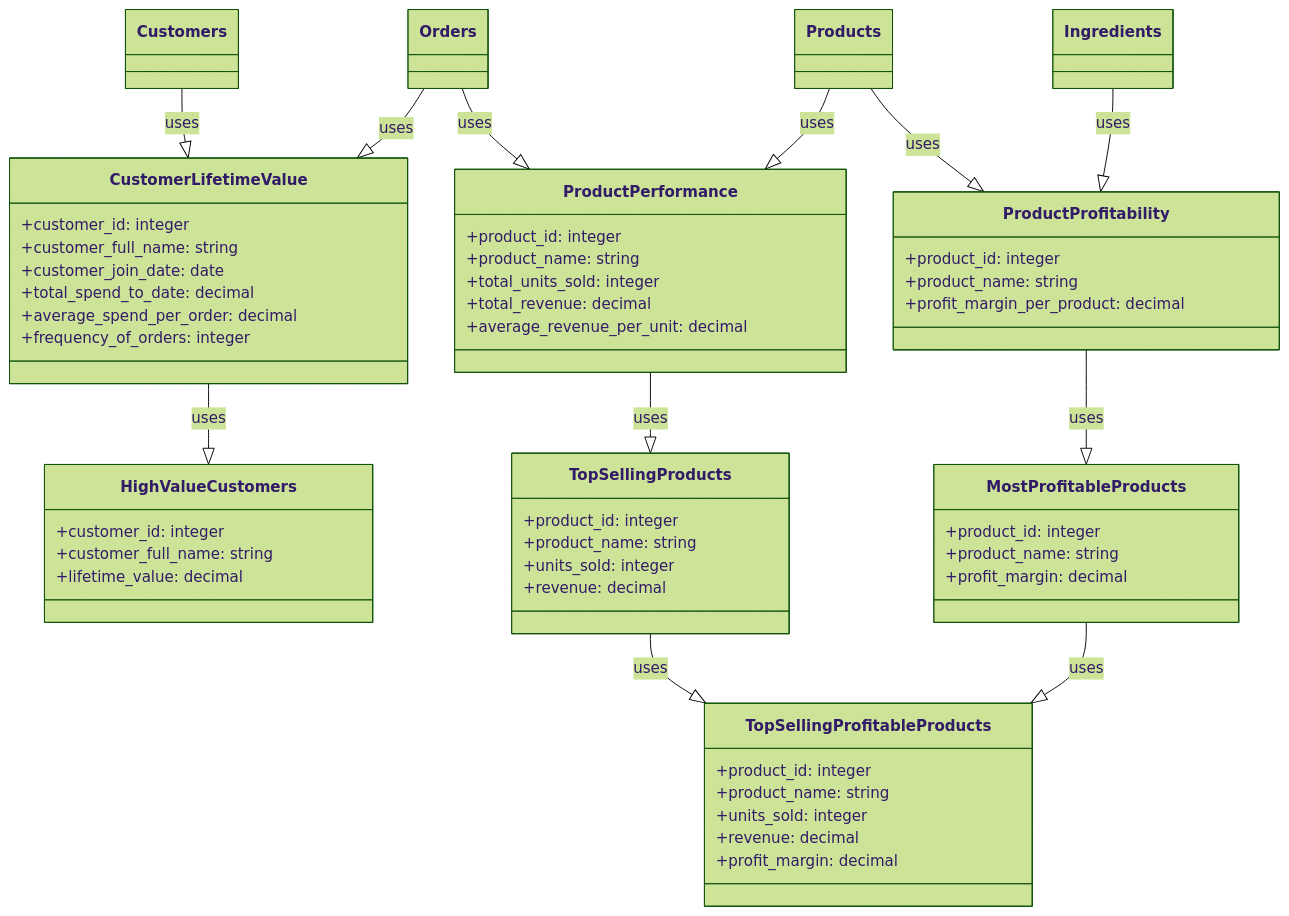
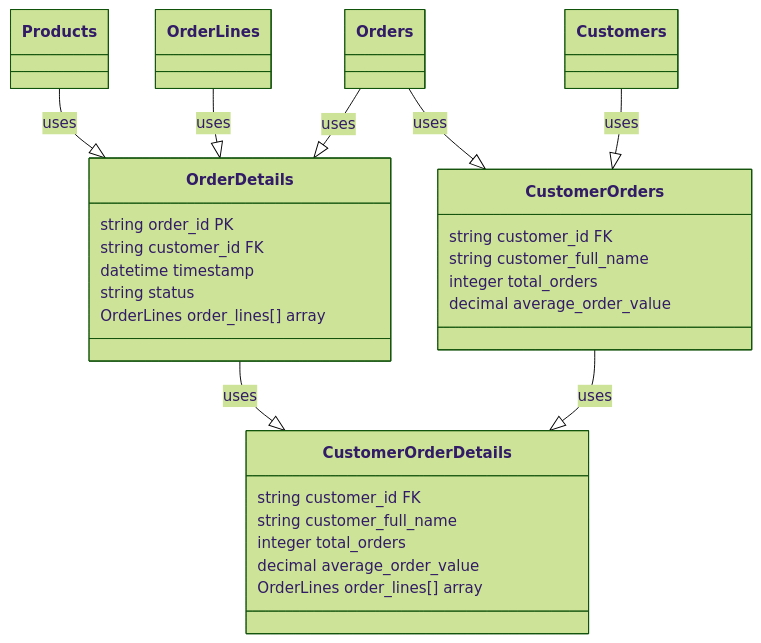
One commit to starlake-ai/StarBake changed the second of 2 diagrams in README.md. Above: the diagram before and after it, drawn with Mermaid (forest theme). The commit also changed other lines of this file, not shown here.

````diff
--- a/README.md
+++ b/README.md
@@ -110,66 +91,49 @@
 ```mermaid
 classDiagram
-    Customers --|> CustomerLifetimeValue: uses
-    Orders --|> CustomerLifetimeValue: uses
-    Orders --|> ProductPerformance: uses
-    Products --|> ProductPerformance: uses
-    Products --|> ProductProfitability: uses
-    Ingredients --|> ProductProfitability: uses
-    CustomerLifetimeValue --|> HighValueCustomers: uses
-    ProductPerformance --|> TopSellingProducts: uses
-    ProductProfitability --|> MostProfitableProducts: uses
-    TopSellingProducts --|> TopSellingProfitableProducts: uses
-    MostProfitableProducts --|> TopSellingProfitableProducts: uses
 
-    class CustomerLifetimeValue {
-        +customer_id: integer
-        +customer_full_name: string
-        +customer_join_date: date
-        +total_spend_to_date: decimal
-        +average_spend_per_order: decimal
-        +frequency_of_orders: integer
+    Products --|> OrderDetails: uses
+    Orders --|> OrderDetails: uses
+    Customers --|> CustomerOrders: uses
+    Orders --|> CustomerOrders: uses
+    OrderLines --|> OrderDetails: uses
+
+    OrderDetails --|> CustomerOrderDetails: uses
+    CustomerOrders --|> CustomerOrderDetails: uses
+
+    class Customers{
     }
 
-    class ProductPerformance {
-        +product_id: integer
-        +product_name: string
-        +total_units_sold: integer
-        +total_revenue: decimal
-        +average_revenue_per_unit: decimal
+    class Orders {
     }
 
-    class ProductProfitability {
-        +product_id: integer
-        +product_name: string
-        +profit_margin_per_product: decimal
+    class OrderLines {
     }
 
-    class HighValueCustomers {
-        +customer_id: integer
-        +customer_full_name: string
-        +lifetime_value: decimal
+    class Products {
     }
 
-    class TopSellingProducts {
-        +product_id: integer
-        +product_name: string
-        +units_sold: integer
-        +revenue: decimal
+    class OrderDetails {
+        string order_id PK
+        string customer_id FK
+        datetime timestamp
+        string status
+        OrderLines order_lines[] array
     }
 
-    class MostProfitableProducts {
-        +product_id: integer
-        +product_name: string
-        +profit_margin: decimal
+    class CustomerOrders {
+        string customer_id FK
+        string customer_full_name
+        integer total_orders
+        decimal average_order_value
     }
 
-    class TopSellingProfitableProducts {
-        +product_id: integer
-        +product_name: string
-        +units_sold: integer
-        +revenue: decimal
-        +profit_margin: decimal
+    class CustomerOrderDetails {
+        string customer_id FK
+        string customer_full_name
+        integer total_orders
+        decimal average_order_value
+        OrderLines order_lines[] array
     }
 
 
 ```
````
